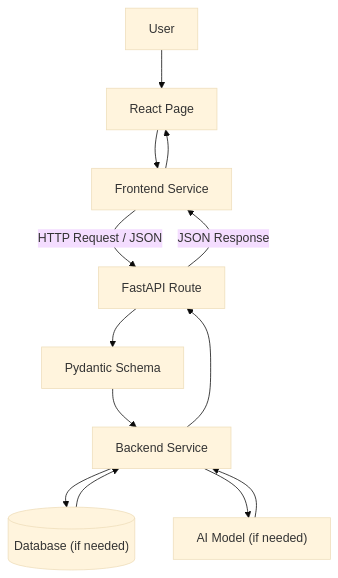
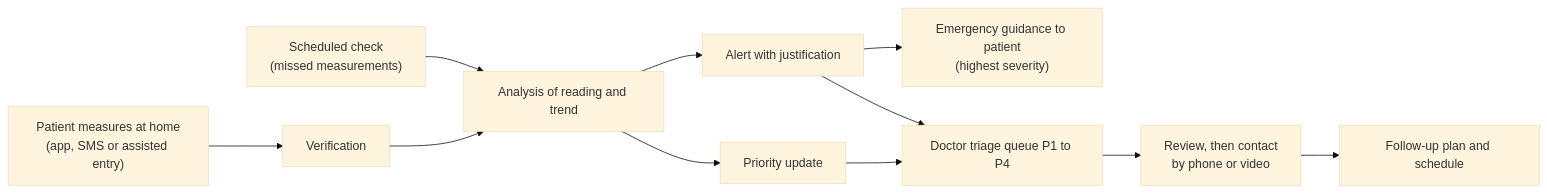
The diagram in README.md (oanasri-11/Solvex_03), drawn with Mermaid (base theme) before and after one commit. The commit also changed other lines of this file, not shown here.

````diff
--- a/README.md
+++ b/README.md
@@ -44,15 +63,13 @@
 ```mermaid
-flowchart TD
-    A["User"] --> B["React Page"]
-    B --> C["Frontend Service"]
-    C -->|"HTTP Request / JSON"| D["FastAPI Route"]
-    D --> E["Pydantic Schema"]
-    E --> F["Backend Service"]
-    F --> G[("Database (if needed)")]
-    F --> H["AI Model (if needed)"]
-    G --> F
-    H --> F
-    F --> D
-    D -->|"JSON Response"| C
-    C --> B
+flowchart LR
+    A["Patient measures at home<br/>(app, SMS or assisted entry)"] --> B["Verification"]
+    S["Scheduled check<br/>(missed measurements)"] --> C
+    B --> C["Analysis of reading and trend"]
+    C --> D["Alert with justification"]
+    C --> E["Priority update"]
+    D --> G["Emergency guidance to patient<br/>(highest severity)"]
+    D --> F["Doctor triage queue P1 to P4"]
+    E --> F
+    F --> H["Review, then contact<br/>by phone or video"]
+    H --> I["Follow-up plan and schedule"]
 ```
````
